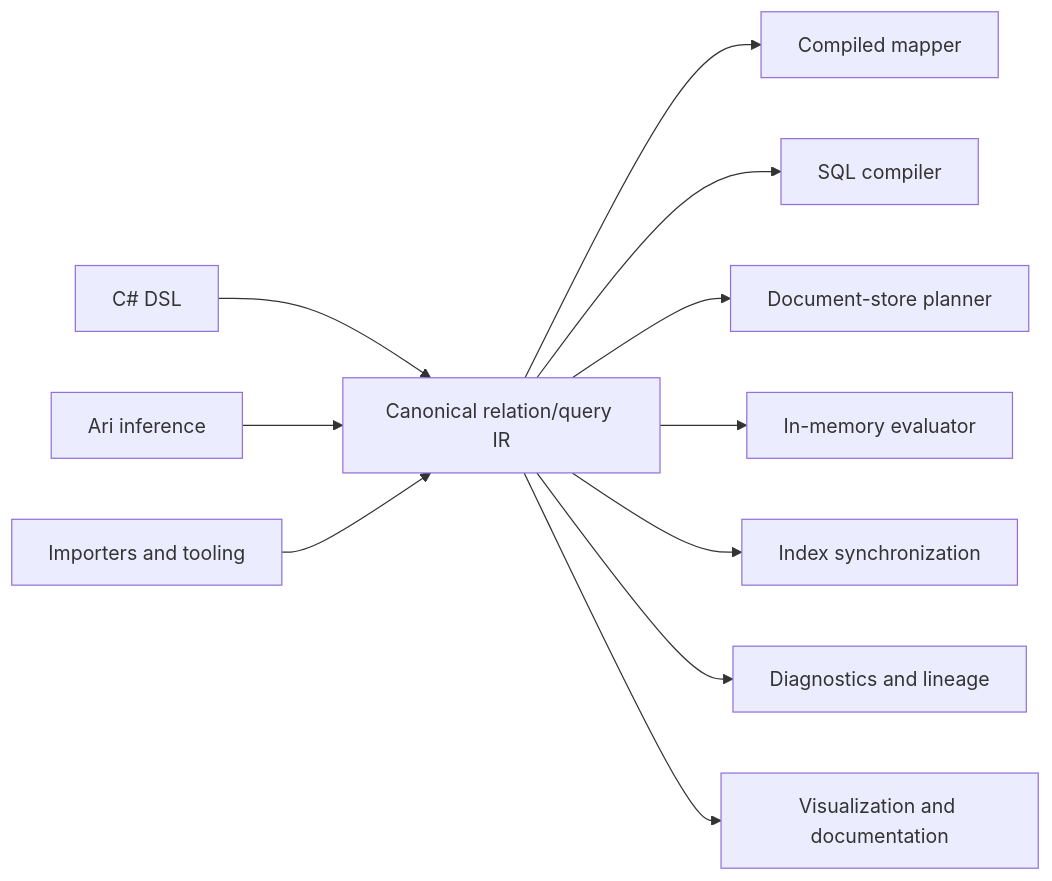
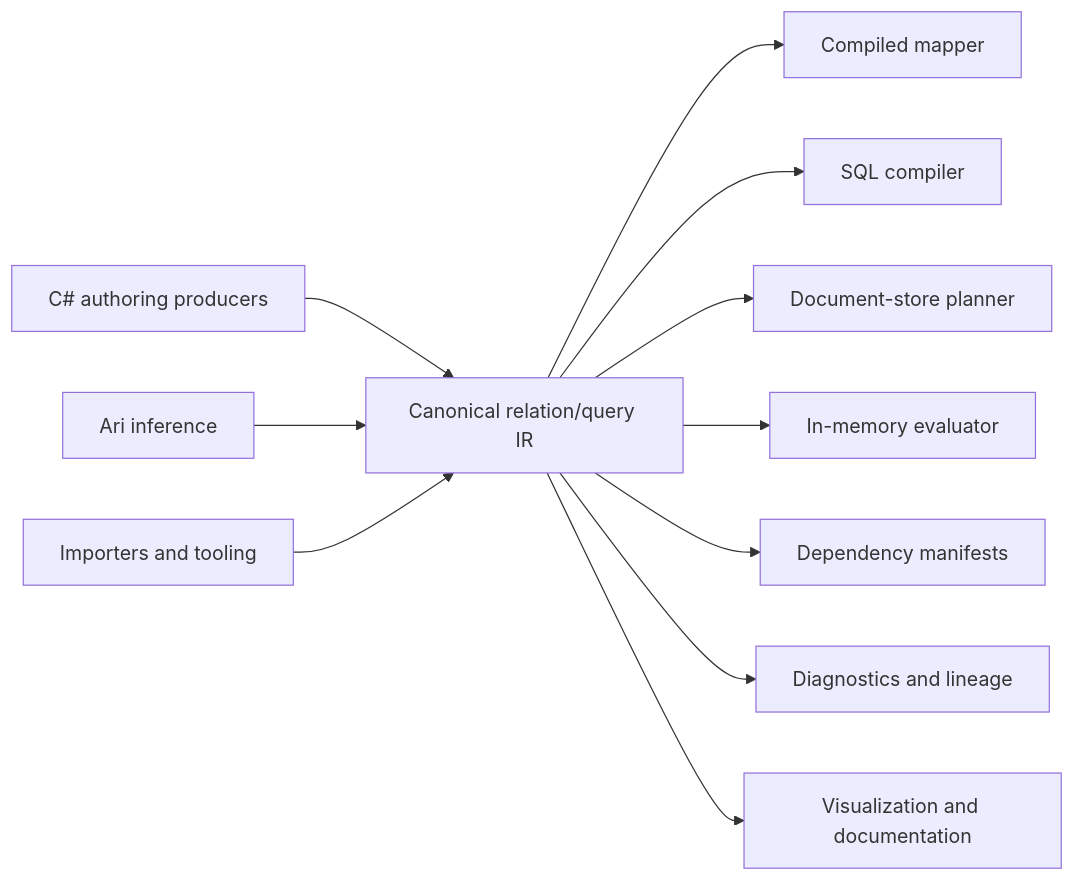
Before and after one commit to cohesivesystems/cohesive: the diagram in src/Cohesive.Relations/README.md, drawn with Mermaid. The commit also changed other lines of this file and 58 other files, not shown here.

First line of the commit message:
Remove prototype relation execution, DSL authoring, and hydration infrastructure

````diff
--- a/src/Cohesive.Relations/README.md
+++ b/src/Cohesive.Relations/README.md
@@ -586,19 +595,19 @@
 ```mermaid
 flowchart LR
-    DSL["C# DSL"]
+    DSL["C# authoring producers"]
     ARI["Ari inference"]
     IMPORT["Importers and tooling"]
     IR["Canonical relation/query IR"]
 
     DSL --> IR
     ARI --> IR
     IMPORT --> IR
 
     IR --> MAPPER["Compiled mapper"]
     IR --> SQL["SQL compiler"]
     IR --> DOCUMENT["Document-store planner"]
     IR --> MEMORY["In-memory evaluator"]
-    IR --> INDEX["Index synchronization"]
+    IR --> DEPENDENCY["Dependency manifests"]
     IR --> DIAGNOSTICS["Diagnostics and lineage"]
     IR --> DOCS["Visualization and documentation"]
 ```
````
